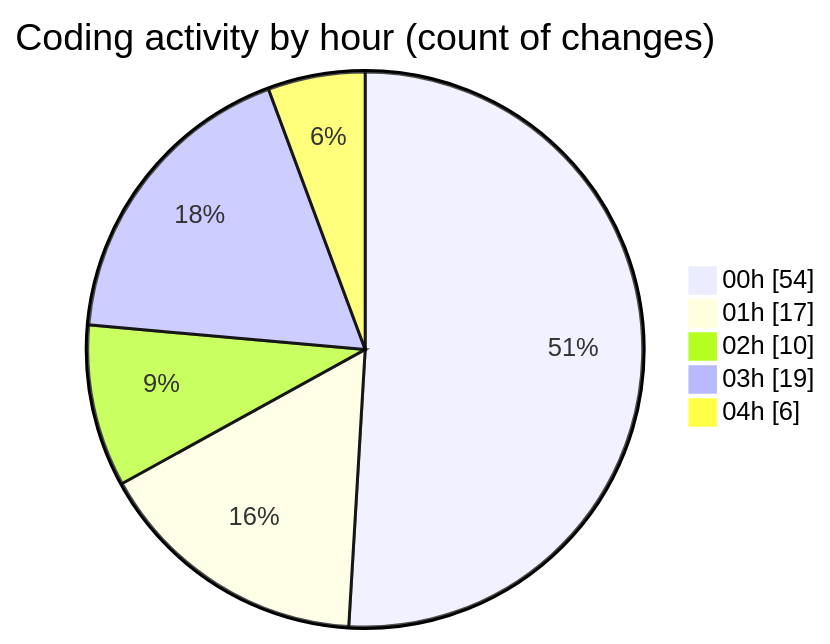
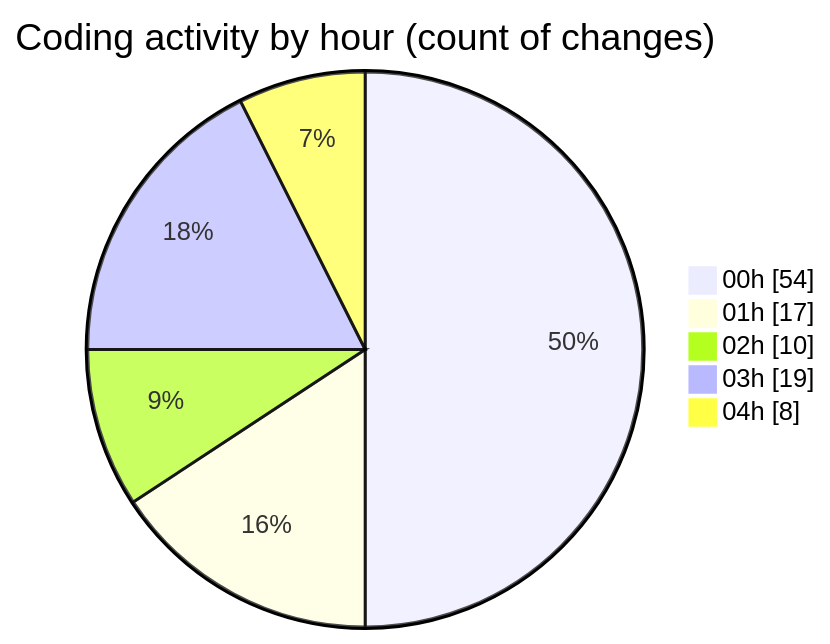
One commit to lephambinh05/code-tracking changed the second of 2 diagrams in 2025-07-26/quanlyrapchieuphim-1/README.md. Above: the diagram before and after it, drawn with Mermaid. The commit also changed other lines of this file and 1 other file, not shown here.

````diff
--- a/2025-07-26/quanlyrapchieuphim-1/README.md
+++ b/2025-07-26/quanlyrapchieuphim-1/README.md
@@ -36,9 +36,9 @@
 ```mermaid
 pie showData
 title Coding activity by hour (count of changes)
 "00h" : 54
 "01h" : 17
 "02h" : 10
 "03h" : 19
-"04h" : 6
+"04h" : 8
 ```
````
